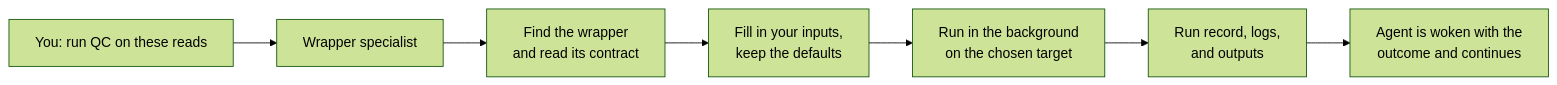
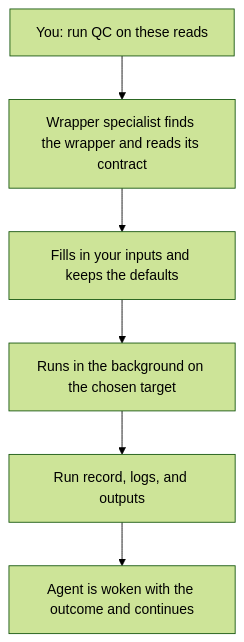
The diagram in README.md (dxsbiocc/phi), drawn with Mermaid (forest theme) before and after one commit. The commit also changed 1 other file, not shown here.

Commit message:
docs: Stack the Wrapper diagram vertically so its text stays legible

````diff
--- a/README.md
+++ b/README.md
@@ -36,9 +36,8 @@
 ```mermaid
-flowchart LR
-    A["You: run QC on these reads"] --> B["Wrapper specialist"]
-    B --> C["Find the wrapper<br/>and read its contract"]
-    C --> D["Fill in your inputs,<br/>keep the defaults"]
-    D --> E["Run in the background<br/>on the chosen target"]
-    E --> F["Run record, logs,<br/>and outputs"]
-    F --> G["Agent is woken with the<br/>outcome and continues"]
+flowchart TD
+    A["You: run QC on these reads"] --> B["Wrapper specialist finds the wrapper and reads its contract"]
+    B --> C["Fills in your inputs and keeps the defaults"]
+    C --> D["Runs in the background on the chosen target"]
+    D --> E["Run record, logs, and outputs"]
+    E --> F["Agent is woken with the outcome and continues"]
 ```
````
